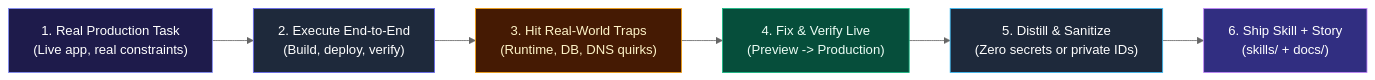
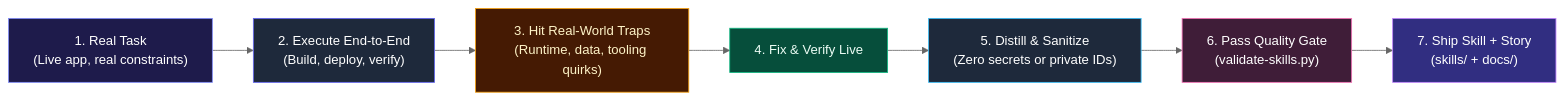
Before and after one commit to Laksh-star/agent-skills: the diagram in README.md, drawn with Mermaid (neutral theme). The commit also changed other lines of this file and 4 other files, not shown here.

````diff
--- a/README.md
+++ b/README.md
@@ -46,15 +92,17 @@
 ```mermaid
 flowchart LR
-    A["1. Real Production Task<br/>(Live app, real constraints)"] --> B["2. Execute End-to-End<br/>(Build, deploy, verify)"]
-    B --> C["3. Hit Real-World Traps<br/>(Runtime, DB, DNS quirks)"]
-    C --> D["4. Fix & Verify Live<br/>(Preview -> Production)"]
+    A["1. Real Task<br/>(Live app, real constraints)"] --> B["2. Execute End-to-End<br/>(Build, deploy, verify)"]
+    B --> C["3. Hit Real-World Traps<br/>(Runtime, data, tooling quirks)"]
+    C --> D["4. Fix & Verify Live"]
     D --> E["5. Distill & Sanitize<br/>(Zero secrets or private IDs)"]
-    E --> F["6. Ship Skill + Story<br/>(skills/ + docs/)"]
+    E --> F["6. Pass Quality Gate<br/>(validate-skills.py)"]
+    F --> G["7. Ship Skill + Story<br/>(skills/ + docs/)"]
 
     style A fill:#1e1b4b,stroke:#818cf8,color:#ffffff
     style B fill:#1e293b,stroke:#6366f1,color:#ffffff
     style C fill:#451a03,stroke:#f59e0b,color:#fef3c7
     style D fill:#064e3b,stroke:#10b981,color:#ecfdf5
     style E fill:#1e293b,stroke:#38bdf8,color:#ffffff
-    style F fill:#312e81,stroke:#c084fc,color:#ffffff
+    style F fill:#3f1d38,stroke:#f472b6,color:#ffffff
+    style G fill:#312e81,stroke:#c084fc,color:#ffffff
 ```
````
